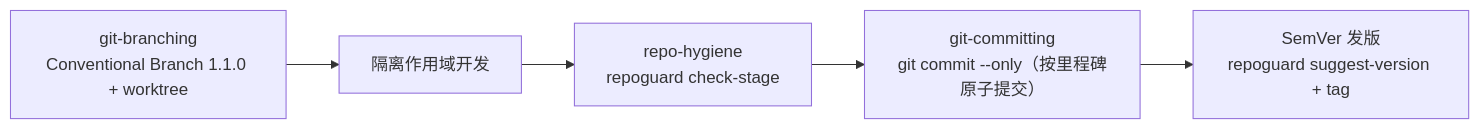
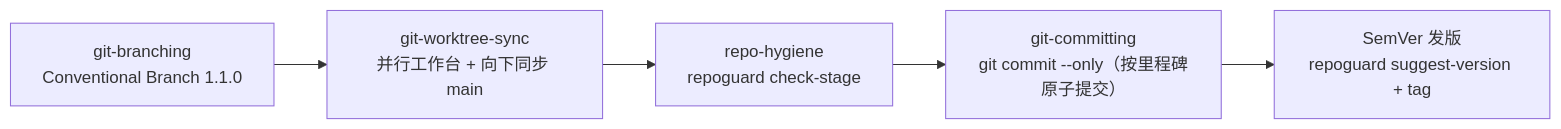
The diagram in proj-standards/README.zh-CN.md (SuperFCR/falcary-skills), drawn with Mermaid before and after one commit. The commit also changed other lines of this file and 11 other files, not shown here.

Commit message:
feat(proj-standards): add lightweight git-worktree-sync skill and worktree-status CLI (v1.1.0)

````diff
--- a/proj-standards/README.zh-CN.md
+++ b/proj-standards/README.zh-CN.md
@@ -13,7 +13,7 @@
 ```mermaid
 flowchart LR
-    B["git-branching<br/>Conventional Branch 1.1.0 + worktree"] --> S["隔离作用域开发"]
-    S --> H["repo-hygiene<br/>repoguard check-stage"]
+    B["git-branching<br/>Conventional Branch 1.1.0"] --> W["git-worktree-sync<br/>并行工作台 + 向下同步 main"]
+    W --> H["repo-hygiene<br/>repoguard check-stage"]
     H --> C["git-committing<br/>git commit --only（按里程碑原子提交）"]
     C --> R["SemVer 发版<br/>repoguard suggest-version + tag"]
 ```
````
